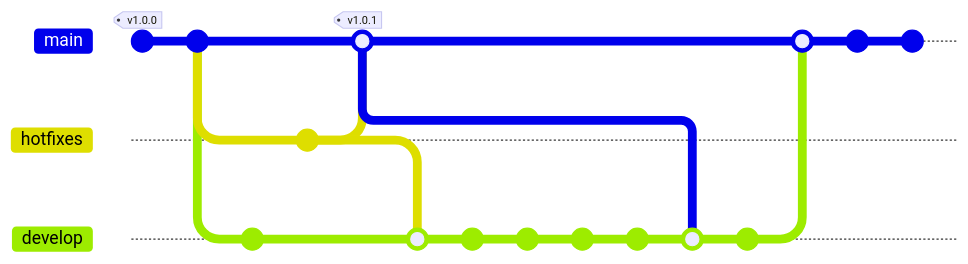
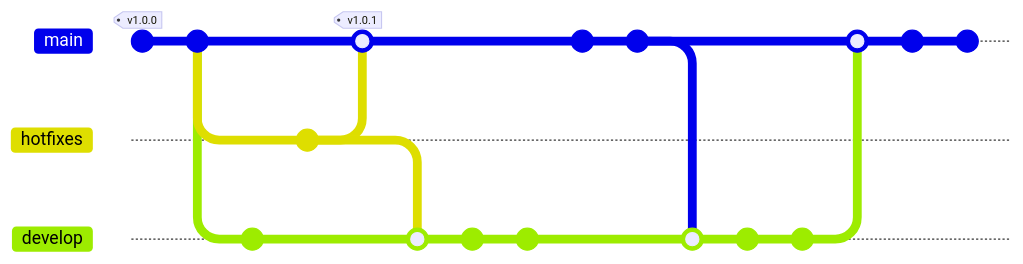
The diagram in git_overflow.md (Felipebros/Git-e-dicas-de-edicao-de-texto), drawn with Mermaid before and after one commit. Commit ids are hidden.

````diff
--- a/git_overflow.md
+++ b/git_overflow.md
@@ -1,25 +1,28 @@
 ```mermaid
 gitGraph
     commit id: "teste 1" tag: "v1.0.0"
     commit id: "teste 2"
     branch hotfixes
     branch develop
     checkout develop
     commit
     checkout hotfixes
     commit id: "fix: correção bug tal"
     checkout main
     merge hotfixes tag: "v1.0.1"
     checkout develop
     merge hotfixes
     commit
     commit
+    checkout main
     commit
     commit
+    checkout develop
     merge main
+    commit
     commit
     checkout main
     merge develop
     commit
     commit
 ```
````
